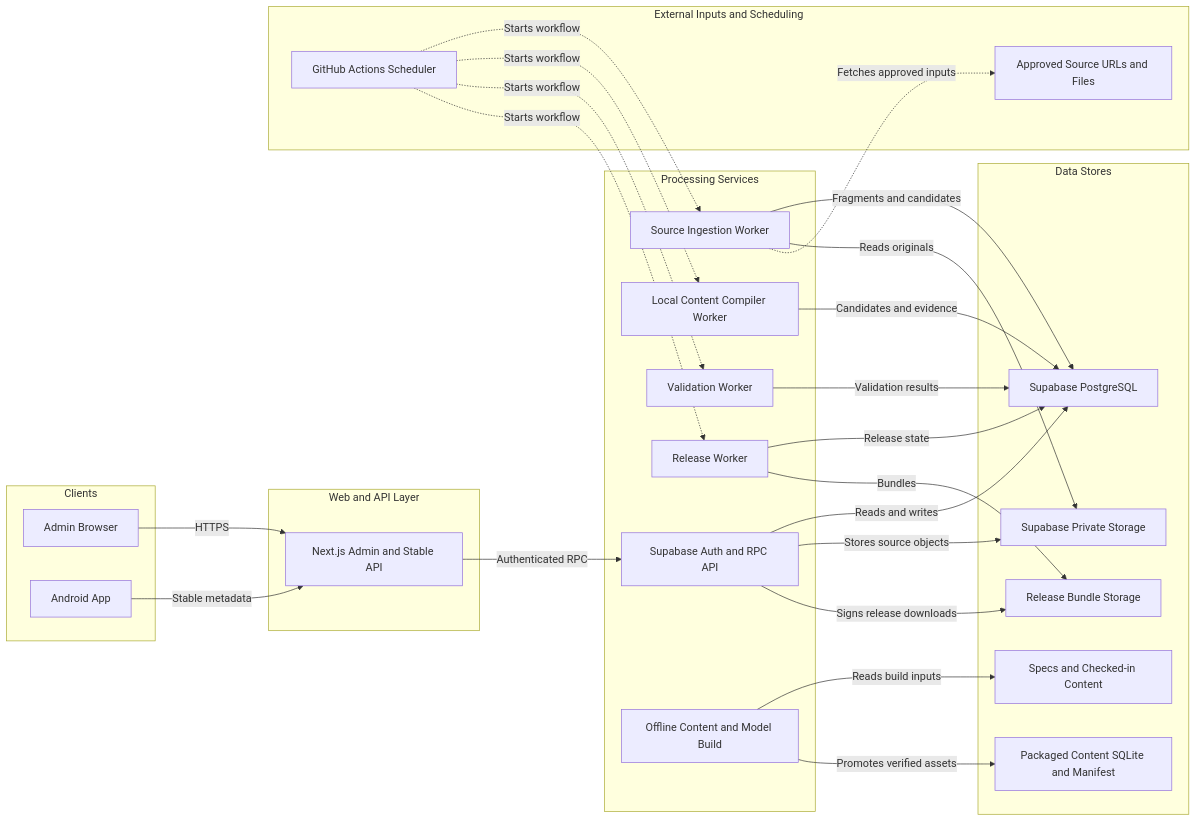
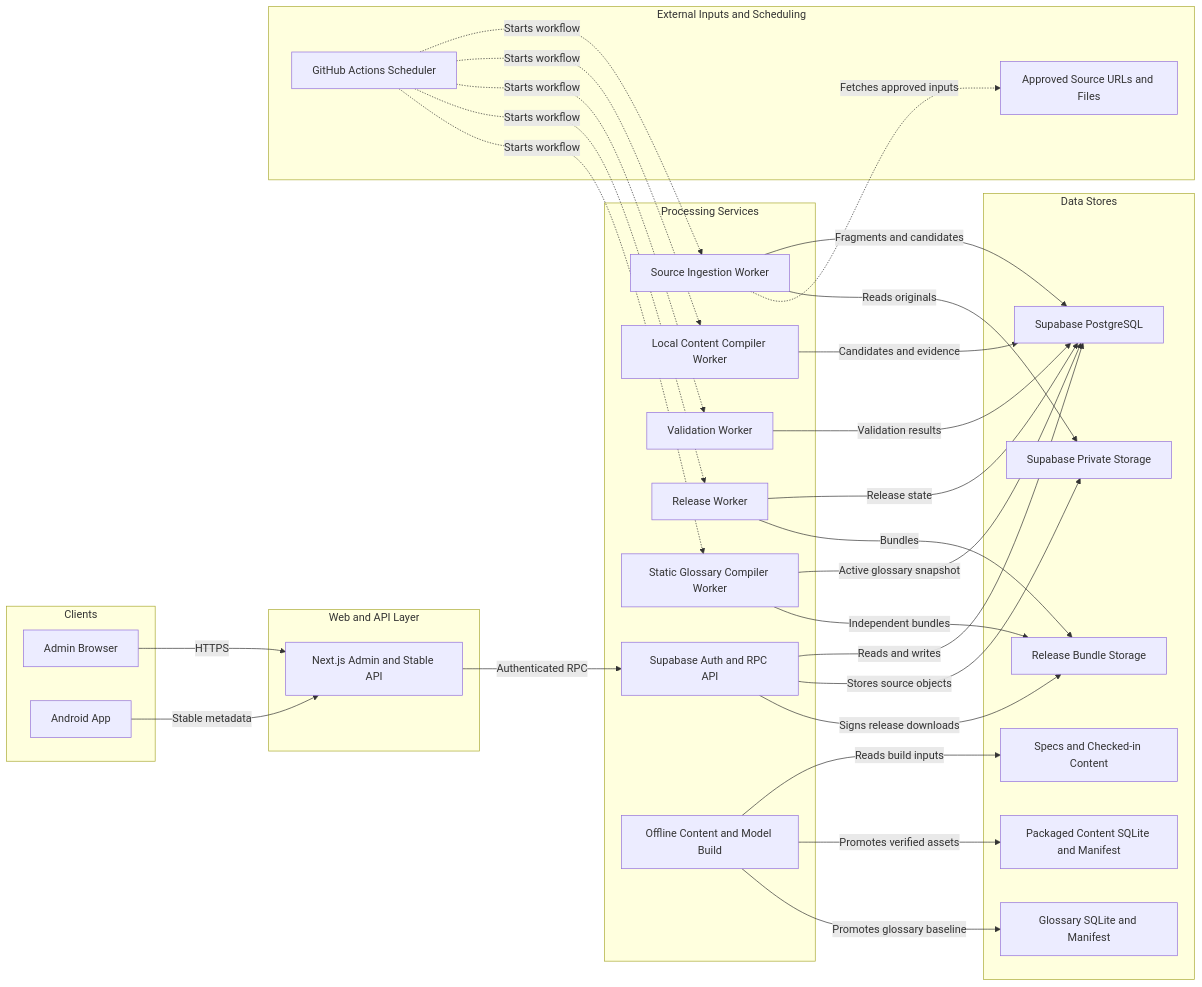
One commit to Sooobeo/FinDone changed the first of 2 diagrams in docs/architecture/SYSTEM_ARCHITECTURE.md. Above: the diagram before and after it, drawn with Mermaid. The commit also changed other lines of this file and 116 other files, not shown here.

````diff
--- a/docs/architecture/SYSTEM_ARCHITECTURE.md
+++ b/docs/architecture/SYSTEM_ARCHITECTURE.md
@@ -22,49 +25,55 @@
 ```mermaid
 flowchart LR
     subgraph client ["Clients"]
         adminBrowser["Admin Browser"]
         androidApp["Android App"]
     end
     subgraph gateway ["Web and API Layer"]
         nextAdmin["Next.js Admin and Stable API"]
     end
     subgraph service ["Processing Services"]
         supabaseApi["Supabase Auth and RPC API"]
         sourceWorker["Source Ingestion Worker"]
         generationWorker["Local Content Compiler Worker"]
         validationWorker["Validation Worker"]
         releaseWorker["Release Worker"]
+        glossaryWorker["Static Glossary Compiler Worker"]
         offlineBuilder["Offline Content and Model Build"]
     end
     subgraph datastore ["Data Stores"]
         postgres["Supabase PostgreSQL"]
         objectStorage["Supabase Private Storage"]
         releaseStorage["Release Bundle Storage"]
         packagedAssets["Packaged Content SQLite and Manifest"]
+        glossaryAssets["Glossary SQLite and Manifest"]
         sourceRepository["Specs and Checked-in Content"]
     end
     subgraph external ["External Inputs and Scheduling"]
         sourceSites["Approved Source URLs and Files"]
         githubActions["GitHub Actions Scheduler"]
     end
 
     adminBrowser -->|"HTTPS"| nextAdmin
     androidApp -->|"Stable metadata"| nextAdmin
     nextAdmin -->|"Authenticated RPC"| supabaseApi
     supabaseApi -->|"Reads and writes"| postgres
     supabaseApi -->|"Stores source objects"| objectStorage
     supabaseApi -->|"Signs release downloads"| releaseStorage
     sourceWorker -->|"Fragments and candidates"| postgres
     sourceWorker -->|"Reads originals"| objectStorage
     generationWorker -->|"Candidates and evidence"| postgres
     validationWorker -->|"Validation results"| postgres
     releaseWorker -->|"Release state"| postgres
     releaseWorker -->|"Bundles"| releaseStorage
+    glossaryWorker -->|"Active glossary snapshot"| postgres
+    glossaryWorker -->|"Independent bundles"| releaseStorage
     offlineBuilder -->|"Reads build inputs"| sourceRepository
     offlineBuilder -->|"Promotes verified assets"| packagedAssets
+    offlineBuilder -->|"Promotes glossary baseline"| glossaryAssets
     sourceWorker -.->|"Fetches approved inputs"| sourceSites
     githubActions -.->|"Starts workflow"| sourceWorker
     githubActions -.->|"Starts workflow"| generationWorker
     githubActions -.->|"Starts workflow"| validationWorker
     githubActions -.->|"Starts workflow"| releaseWorker
+    githubActions -.->|"Starts workflow"| glossaryWorker
 ```
````
